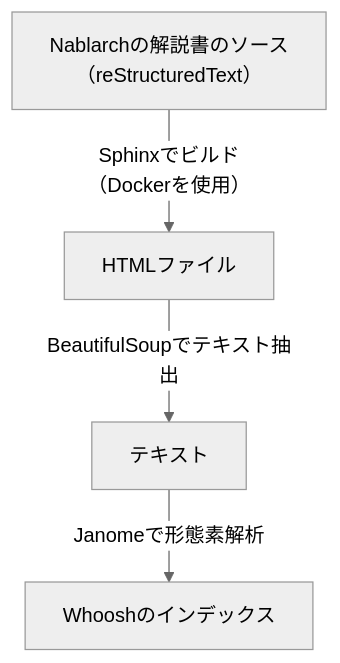
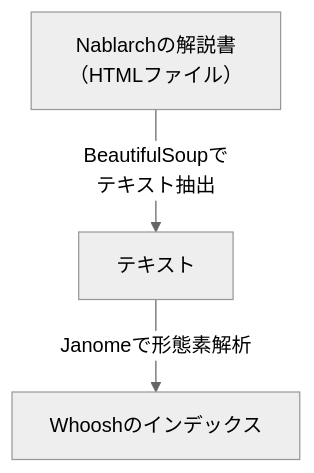
Before and after one commit to backpaper0/nabchan-mcp-server: the second of 2 diagrams in README.md, drawn with Mermaid (neutral theme). The commit also changed other lines of this file and 2 other files, not shown here.

````diff
--- a/README.md
+++ b/README.md
@@ -52,10 +52,8 @@
 ```mermaid
 graph TD
-   a[Nablarchの解説書のソース<br>（reStructuredText）]
-   b[HTMLファイル]
-   c[テキスト]
-   d[Whooshのインデックス]
-   a -->|Sphinxでビルド<br>（Dockerを使用）| b
-   b -->|BeautifulSoupでテキスト抽出| c
-   c -->|Janomeで形態素解析| d
+   a[Nablarchの解説書<br>（HTMLファイル）]
+   b[テキスト]
+   c[Whooshのインデックス]
+   a -->|BeautifulSoupで<br>テキスト抽出| b
+   b -->|Janomeで形態素解析| c
 ```
````
